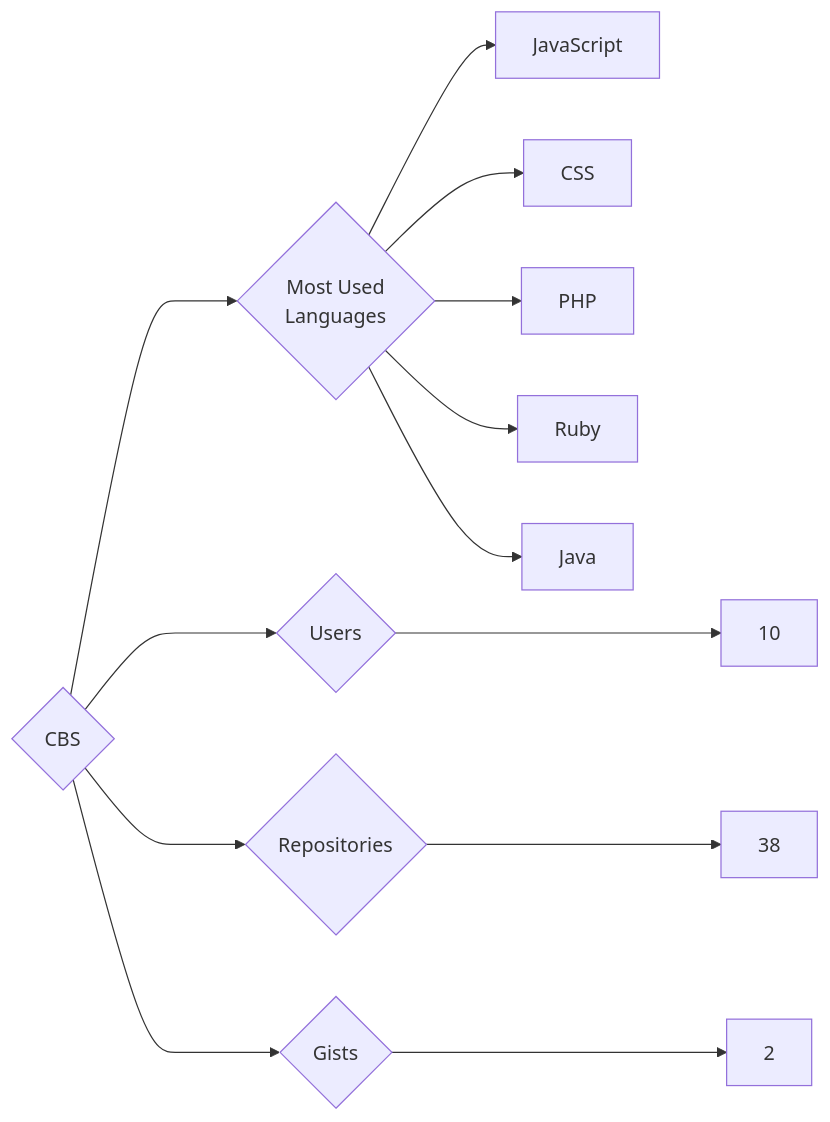
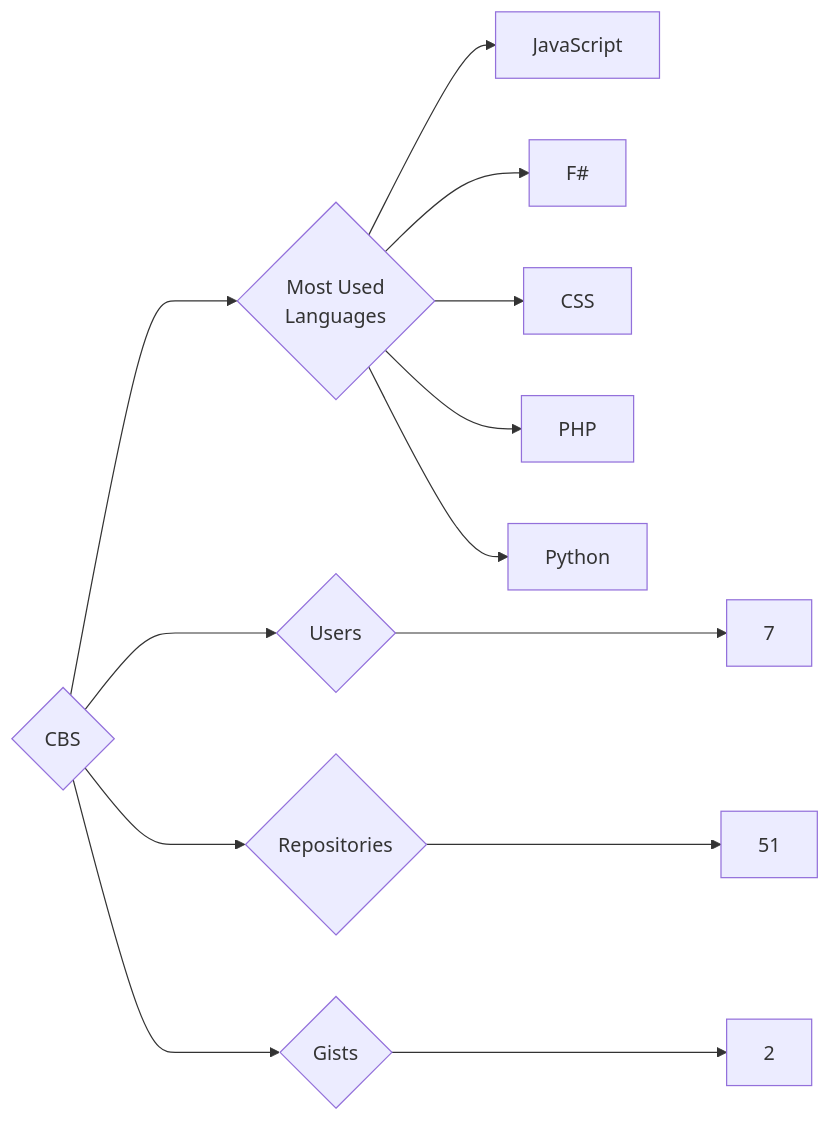
The diagram in targets/CBS/README.md (trickest/insiders), drawn with Mermaid before and after one commit. The commit also changed 681 other files, not shown here.

````diff
--- a/targets/CBS/README.md
+++ b/targets/CBS/README.md
@@ -3,13 +3,13 @@
 ```mermaid
 graph LR
 COMPANY_NAME{CBS}
-COMPANY_NAME ---> U{Users} ---> UN[10]
-COMPANY_NAME ---> R{Repositories} ---> RN[38]
+COMPANY_NAME ---> U{Users} ---> UN[7]
+COMPANY_NAME ---> R{Repositories} ---> RN[51]
 COMPANY_NAME ---> G{Gists} ---> GN[2]
 COMPANY_NAME ---> ML{Most Used<br>Languages}
 ML --> JavaScript[JavaScript]
+ML --> F#[F#]
 ML --> CSS[CSS]
 ML --> PHP[PHP]
-ML --> Ruby[Ruby]
-ML --> Java[Java]
+ML --> Python[Python]
 ```
````
